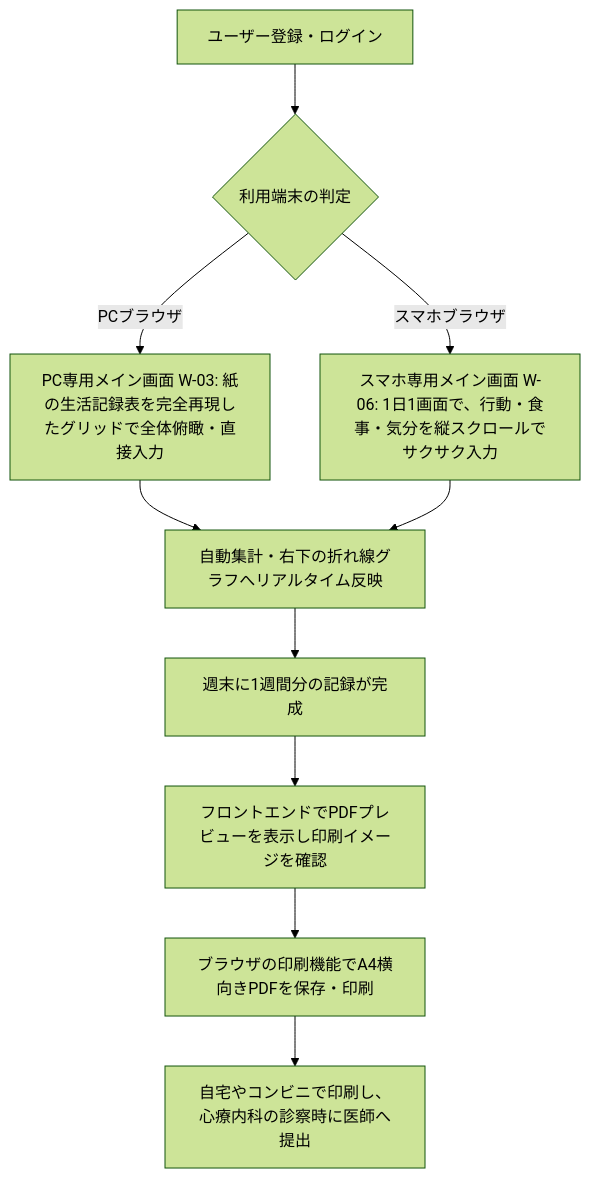
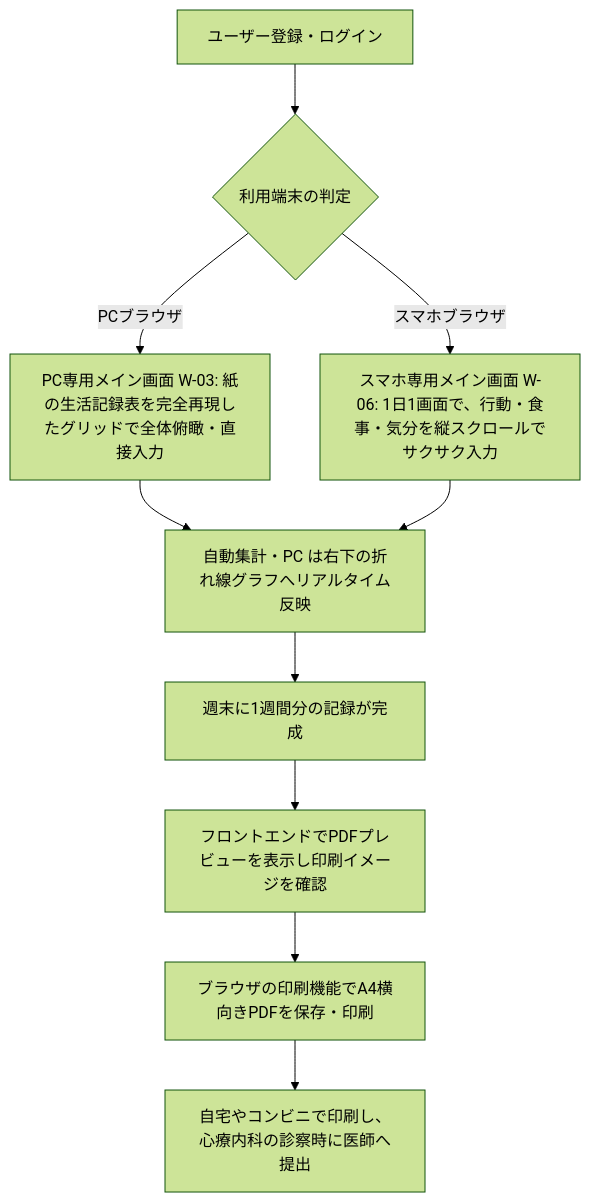
One commit to fm5889rx/repace-app changed the diagram in docs/要件定義書.md. Above: the diagram before and after it, drawn with Mermaid (forest theme). The commit also changed other lines of this file and 1 other file, not shown here.

````diff
--- a/docs/要件定義書.md
+++ b/docs/要件定義書.md
@@ -76,12 +76,12 @@
 ```mermaid
 flowchart TD
     A[ユーザー登録・ログイン] --> B{利用端末の判定}
     B -- PCブラウザ --> C[PC専用メイン画面 W-03: 紙の生活記録表を完全再現したグリッドで全体俯瞰・直接入力]
     B -- スマホブラウザ --> D[スマホ専用メイン画面 W-06: 1日1画面で、行動・食事・気分を縦スクロールでサクサク入力]
-    C --> E[自動集計・右下の折れ線グラフへリアルタイム反映]
+    C --> E[自動集計・PC は右下の折れ線グラフへリアルタイム反映]
     D --> E
     E --> F[週末に1週間分の記録が完成]
     F --> G[フロントエンドでPDFプレビューを表示し印刷イメージを確認]
     G --> J[ブラウザの印刷機能でA4横向きPDFを保存・印刷]
     J --> K[自宅やコンビニで印刷し、心療内科の診察時に医師へ提出]
 ```
````
